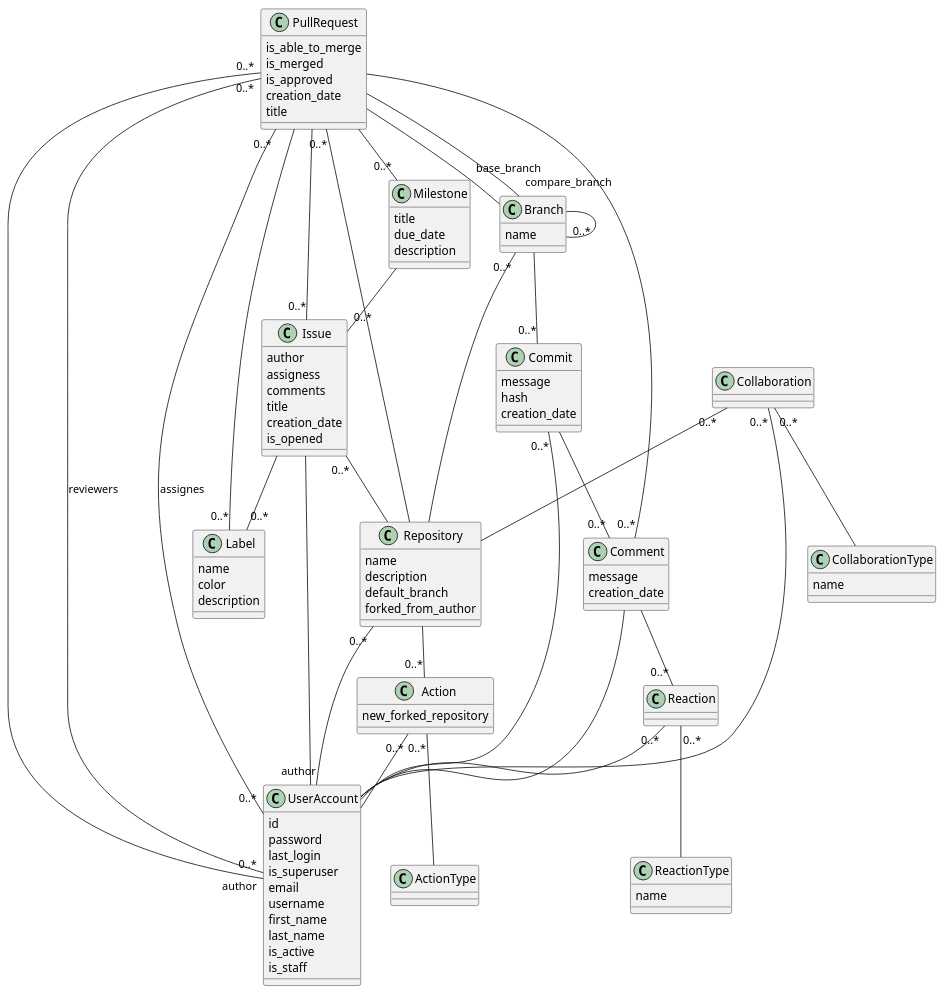
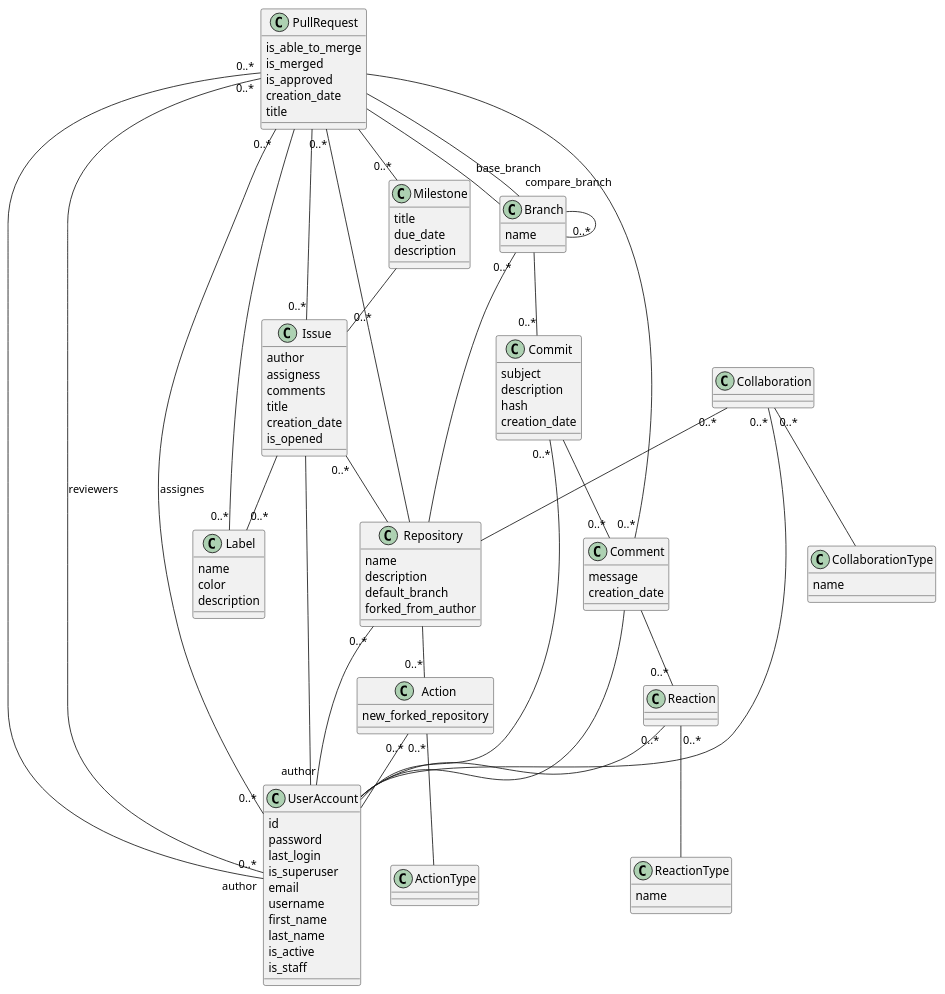
The diagram in content/model/model.puml (vlaksi/ms1-UksHub), drawn with PlantUML before and after one commit. The commit also changed 1 other file, not shown here.

```diff
--- a/content/model/model.puml
+++ b/content/model/model.puml
@@ -1,128 +1,129 @@
 @startuml
 
   class UserAccount{
     id
     password
     last_login
     is_superuser
     email
     username
     first_name
     last_name
     is_active
     is_staff
   }
   
   class Label{
     name
     color
     description
   }
   
   class Issue{
     author
     assigness 
     comments 
     title
     creation_date
     is_opened
   }
   
   Issue -- "0..*" Label
   Issue -- UserAccount
   Issue "0..*" -- Repository
   
   class Milestone{
     title 
     due_date 
     description 
   }
   
   Milestone -- "0..*" Issue
   
   class PullRequest{
     is_able_to_merge 
     is_merged
     is_approved 
     creation_date 
     title 
   }
   
   PullRequest -- "base_branch" Branch 
   PullRequest -- "compare_branch" Branch 
   PullRequest "0..*" -- "author" UserAccount
   PullRequest "0..*" -- "0..*" UserAccount : reviewers
   PullRequest "0..*" -- "0..*" UserAccount : assignes
   PullRequest "0..*" -- Repository
   PullRequest -- "0..*" Issue
   PullRequest -- "0..*" Milestone
   PullRequest -- "0..*" Label
   
   class Comment {
     message
     creation_date
   }
   
   Comment "0..*" -- PullRequest
   Comment -- UserAccount
   Comment -- "0..*" Reaction
   
   class ReactionType{
     name
   }
   
   class Reaction{
   }
   
   Reaction "0..*" -- UserAccount
   Reaction "0..*"-- ReactionType
   
   class ActionType{
   
   }
   
   class Action {
     new_forked_repository
   }
   
   Action "0..*" -- ActionType
   Action "0..*" -- UserAccount
   
   class Commit{
-    message
+    subject
+    description 
     hash
     creation_date
   }
   Commit "0..*" -- UserAccount
   Commit -- "0..*" Comment
   
   class Branch {
     name
   }
   
   Branch "0..*" -- Repository
   Branch -- "0..*" Branch
   Branch -- "0..*" Commit
   
   class Repository {
     name 
     description
     default_branch
     forked_from_author
   }
   
   Repository "0..*"-- "author" UserAccount
   Repository -- "0..*" Action
   
   class CollaborationType {
     name
   }
   
   class Collaboration{
   }
   Collaboration "0..*" -- UserAccount
   Collaboration "0..*" -- Repository
   Collaboration "0..*" -- CollaborationType
   
 
 @enduml
```
